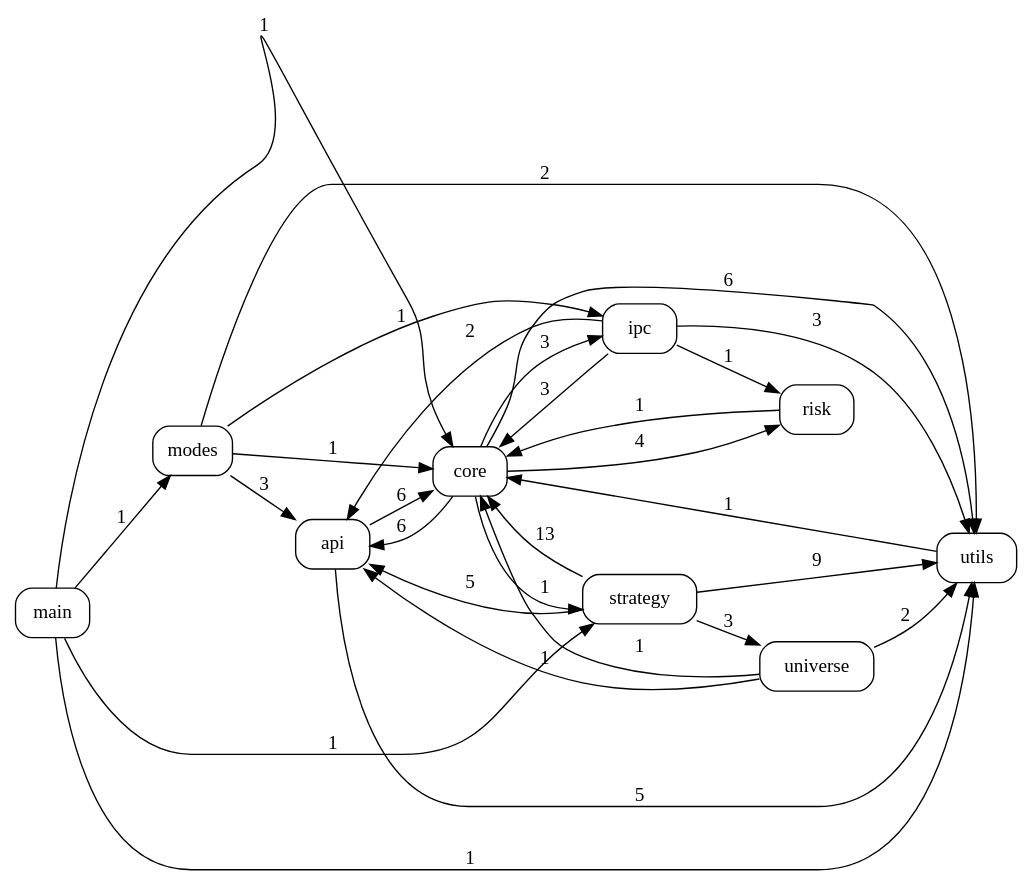
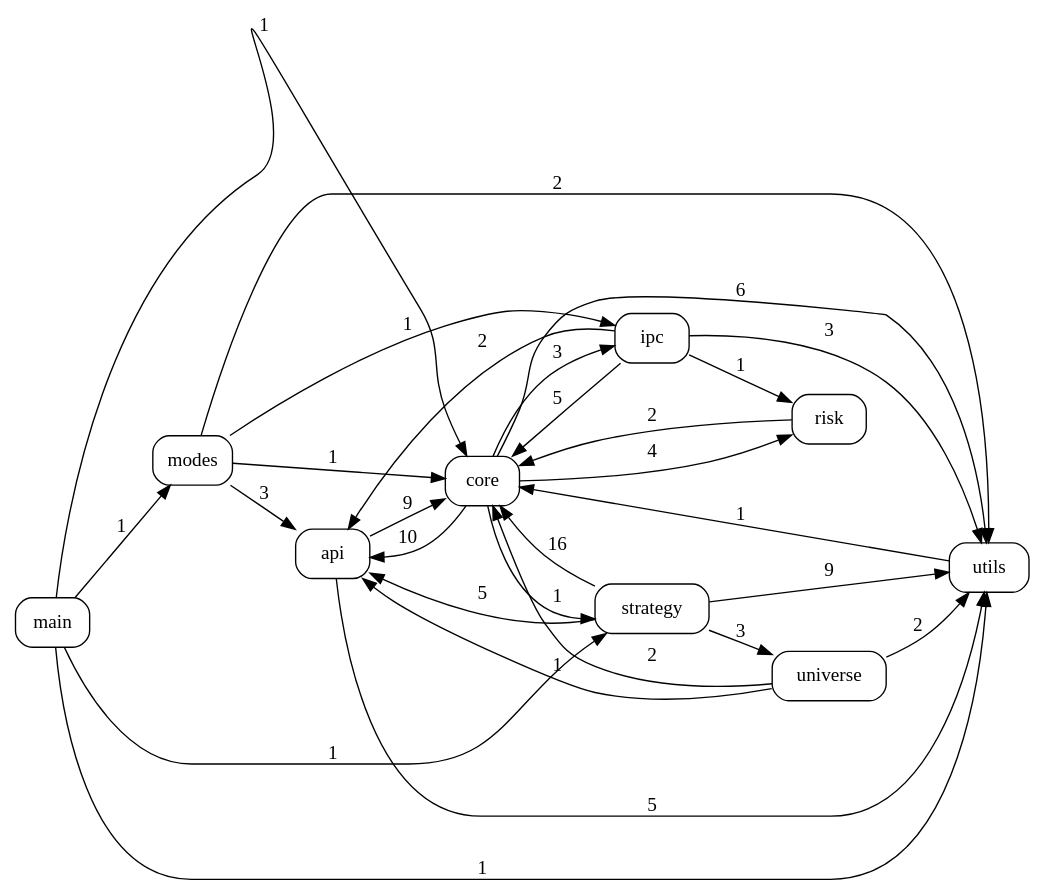
Before and after one commit to pypy8171/Quant: the diagram in docs/code_graph.dot, drawn with Graphviz. The commit also changed 10 other files, not shown here.

```diff
--- a/docs/code_graph.dot
+++ b/docs/code_graph.dot
@@ -1,41 +1,41 @@
 digraph code_graph {
   rankdir=LR;
   node [shape=box, style=rounded, fontname="Consolas"];
   "api";
   "core";
   "ipc";
   "main";
   "modes";
   "risk";
   "strategy";
   "universe";
   "utils";
-  "api" -> "core" [label="6"];
+  "api" -> "core" [label="9"];
   "api" -> "utils" [label="5"];
-  "core" -> "api" [label="6"];
+  "core" -> "api" [label="10"];
   "core" -> "ipc" [label="3"];
   "core" -> "risk" [label="4"];
   "core" -> "strategy" [label="1"];
   "core" -> "utils" [label="6"];
   "ipc" -> "api" [label="2"];
-  "ipc" -> "core" [label="3"];
+  "ipc" -> "core" [label="5"];
   "ipc" -> "risk" [label="1"];
   "ipc" -> "utils" [label="3"];
   "main" -> "core" [label="1"];
   "main" -> "modes" [label="1"];
   "main" -> "strategy" [label="1"];
   "main" -> "utils" [label="1"];
   "modes" -> "api" [label="3"];
   "modes" -> "core" [label="1"];
   "modes" -> "ipc" [label="1"];
   "modes" -> "utils" [label="2"];
-  "risk" -> "core" [label="1"];
+  "risk" -> "core" [label="2"];
   "strategy" -> "api" [label="5"];
-  "strategy" -> "core" [label="13"];
+  "strategy" -> "core" [label="16"];
   "strategy" -> "universe" [label="3"];
   "strategy" -> "utils" [label="9"];
   "universe" -> "api" [label="1"];
-  "universe" -> "core" [label="1"];
+  "universe" -> "core" [label="2"];
   "universe" -> "utils" [label="2"];
   "utils" -> "core" [label="1"];
 }
```
